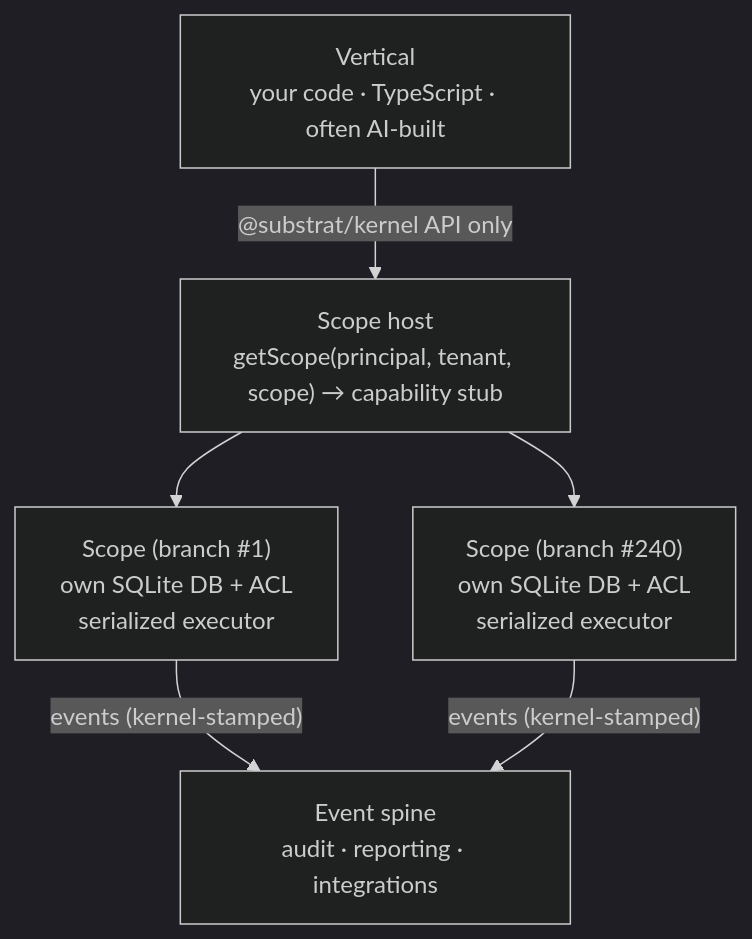
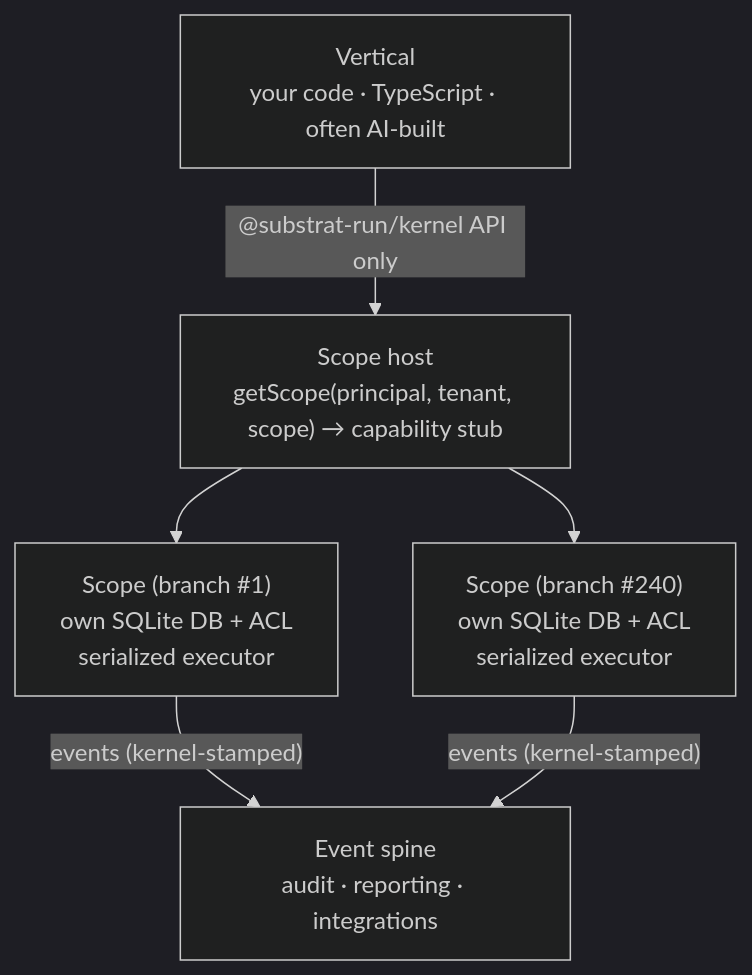
The diagram in apps/docs/guide/architecture.md (markusahlstrand/chassis), drawn with Mermaid (dark theme) before and after one commit. The commit also changed other lines of this file and 54 other files, not shown here.

First line of the commit message:
Scope sweep: @substrat/* → @substrat-run/* (org claimed)

````diff
--- a/apps/docs/guide/architecture.md
+++ b/apps/docs/guide/architecture.md
@@ -5,14 +5,14 @@
 ```mermaid
 flowchart TB
     V["Vertical<br/>your code · TypeScript · often AI-built"]
     H["Scope host<br/>getScope(principal, tenant, scope) → capability stub"]
     S1["Scope (branch #1)<br/>own SQLite DB + ACL<br/>serialized executor"]
     S2["Scope (branch #240)<br/>own SQLite DB + ACL<br/>serialized executor"]
     SPINE["Event spine<br/>audit · reporting · integrations"]
 
-    V -->|"@substrat/kernel API only"| H
+    V -->|"@substrat-run/kernel API only"| H
     H --> S1
     H --> S2
     S1 -->|"events (kernel-stamped)"| SPINE
     S2 -->|"events (kernel-stamped)"| SPINE
 ```
````
